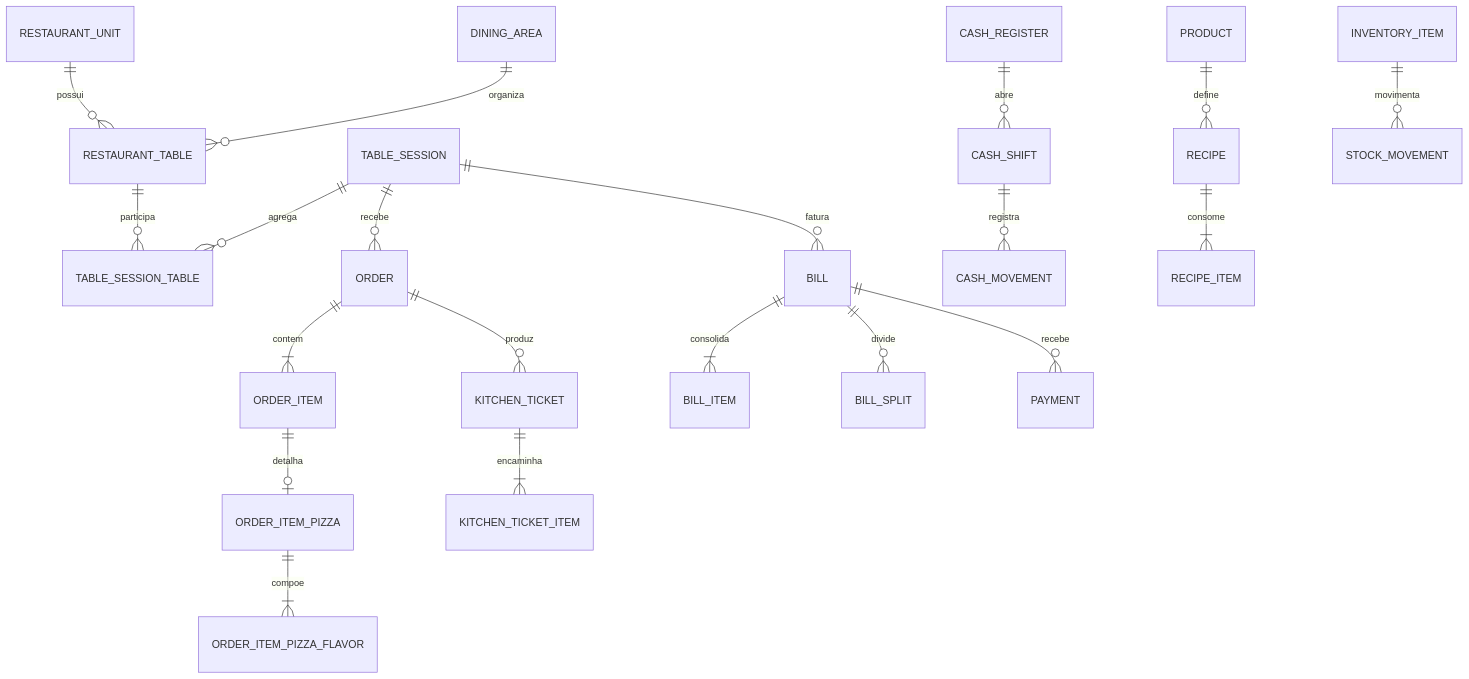
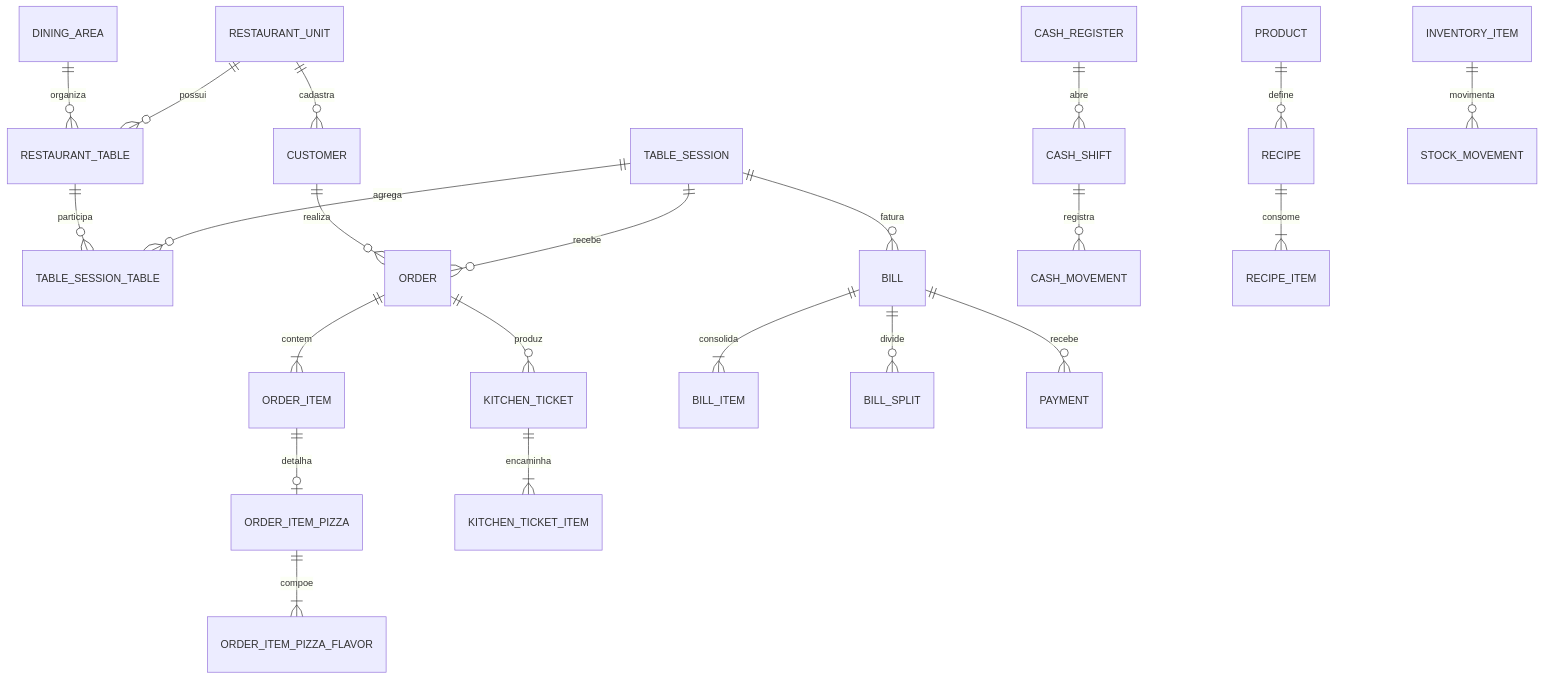
Before and after one commit to GuilhermeDuarte14511/ProjetoPizza: the diagram in docs/database-model.md, drawn with Mermaid. The commit also changed other lines of this file and 40 other files, not shown here.

````diff
--- a/docs/database-model.md
+++ b/docs/database-model.md
@@ -24,22 +25,24 @@
 ```mermaid
 erDiagram
     RESTAURANT_UNIT ||--o{ RESTAURANT_TABLE : possui
     DINING_AREA ||--o{ RESTAURANT_TABLE : organiza
     TABLE_SESSION ||--o{ TABLE_SESSION_TABLE : agrega
     RESTAURANT_TABLE ||--o{ TABLE_SESSION_TABLE : participa
     TABLE_SESSION ||--o{ ORDER : recebe
+    RESTAURANT_UNIT ||--o{ CUSTOMER : cadastra
+    CUSTOMER ||--o{ ORDER : realiza
     ORDER ||--|{ ORDER_ITEM : contem
     ORDER_ITEM ||--o| ORDER_ITEM_PIZZA : detalha
     ORDER_ITEM_PIZZA ||--|{ ORDER_ITEM_PIZZA_FLAVOR : compoe
     ORDER ||--o{ KITCHEN_TICKET : produz
     KITCHEN_TICKET ||--|{ KITCHEN_TICKET_ITEM : encaminha
     TABLE_SESSION ||--o{ BILL : fatura
     BILL ||--|{ BILL_ITEM : consolida
     BILL ||--o{ BILL_SPLIT : divide
     BILL ||--o{ PAYMENT : recebe
     CASH_REGISTER ||--o{ CASH_SHIFT : abre
     CASH_SHIFT ||--o{ CASH_MOVEMENT : registra
     PRODUCT ||--o{ RECIPE : define
     RECIPE ||--|{ RECIPE_ITEM : consome
     INVENTORY_ITEM ||--o{ STOCK_MOVEMENT : movimenta
 ```
````
